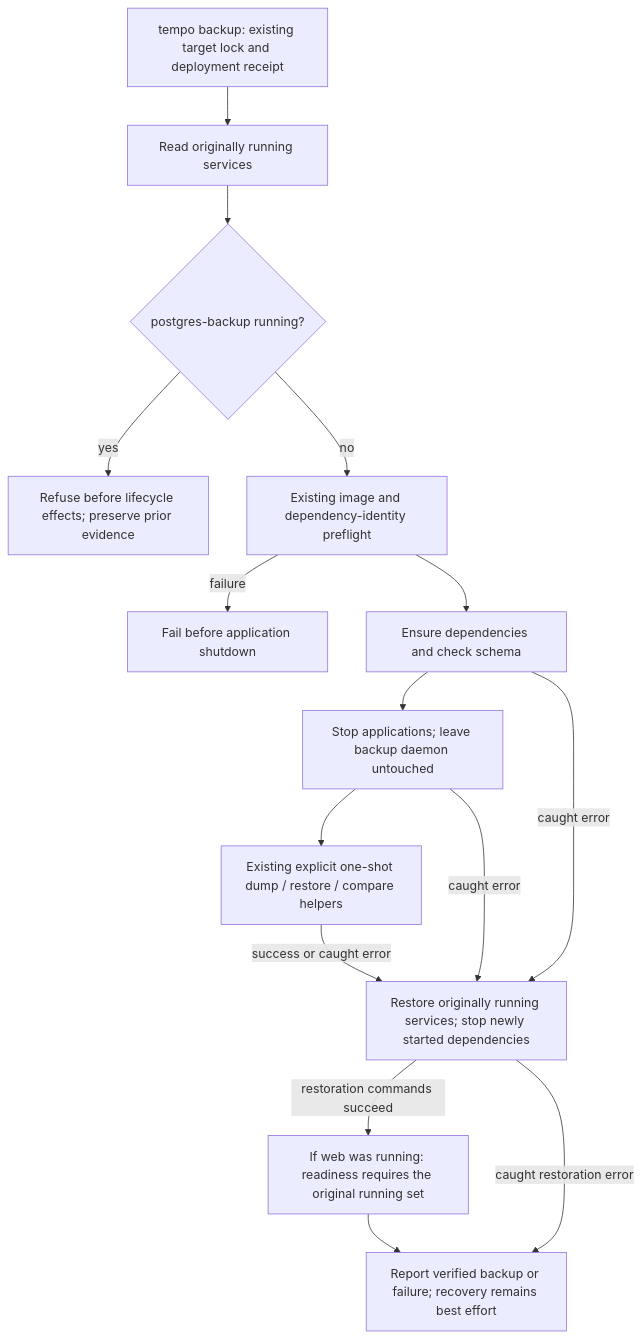
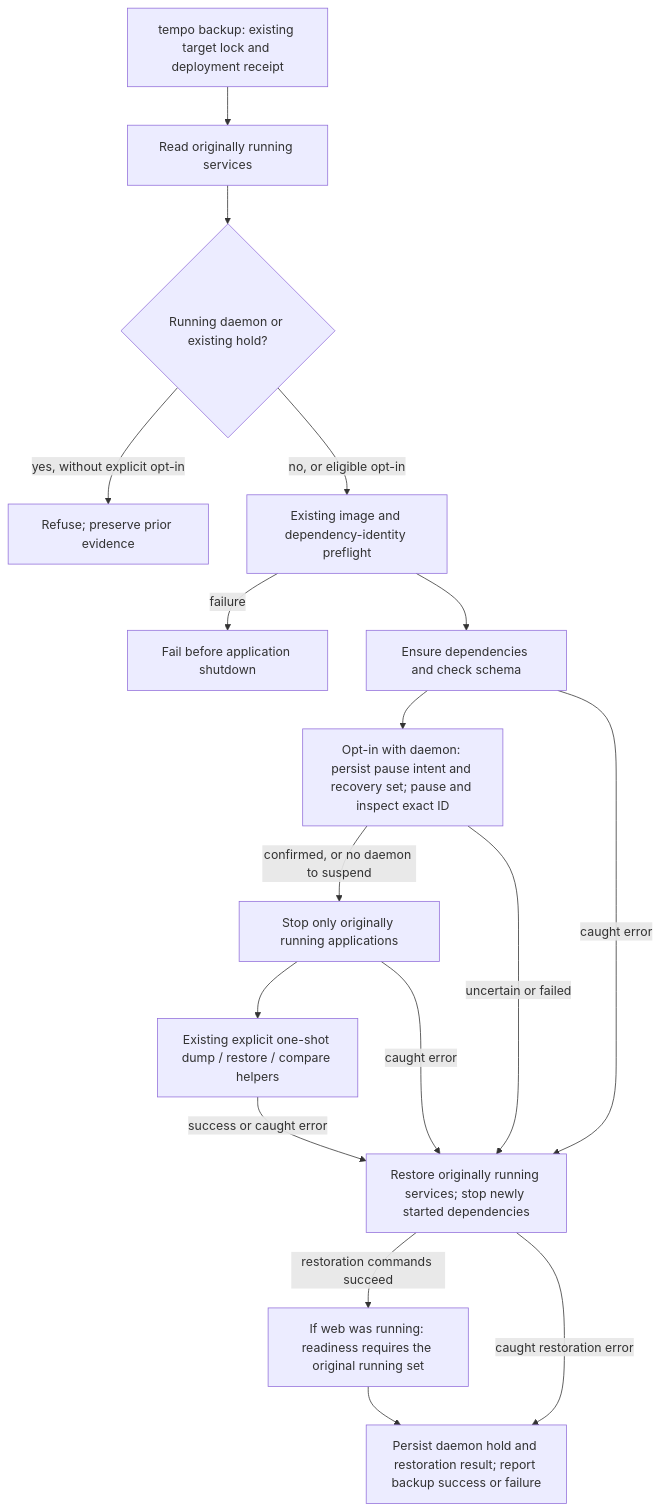
One commit to aaweaver-actuary/tempo changed the diagram in scripts/README.md. Above: the diagram before and after it, drawn with Mermaid. The commit also changed other lines of this file and 6 other files, not shown here.

Commit message:
Add opt-in backup policy that leaves automatic backups paused

````diff
--- a/scripts/README.md
+++ b/scripts/README.md
@@ -21,17 +29,19 @@
 ```mermaid
 flowchart TD
   CLI["tempo backup: existing target lock and deployment receipt"] --> Snapshot["Read originally running services"]
-  Snapshot --> Gate{"postgres-backup running?"}
-  Gate -->|yes| Refuse["Refuse before lifecycle effects; preserve prior evidence"]
-  Gate -->|no| Images["Existing image and dependency-identity preflight"]
+  Snapshot --> Gate{"Running daemon or existing hold?"}
+  Gate -->|yes, without explicit opt-in| Refuse["Refuse; preserve prior evidence"]
+  Gate -->|no, or eligible opt-in| Images["Existing image and dependency-identity preflight"]
   Images -->|failure| PreflightFailure["Fail before application shutdown"]
   Images --> Prepare["Ensure dependencies and check schema"]
-  Prepare --> Stop["Stop applications; leave backup daemon untouched"]
+  Prepare --> Policy["Opt-in with daemon: persist pause intent and recovery set; pause and inspect exact ID"]
+  Policy -->|confirmed, or no daemon to suspend| Stop["Stop only originally running applications"]
+  Policy -->|uncertain or failed| Recover
   Stop --> Helpers["Existing explicit one-shot dump / restore / compare helpers"]
   Helpers -->|success or caught error| Recover["Restore originally running services; stop newly started dependencies"]
   Prepare -->|caught error| Recover
   Stop -->|caught error| Recover
   Recover -->|restoration commands succeed| Ready["If web was running: readiness requires the original running set"]
   Recover -->|caught restoration error| Report
-  Ready --> Report["Report verified backup or failure; recovery remains best effort"]
+  Ready --> Report["Persist daemon hold and restoration result; report backup success or failure"]
 ```
````
